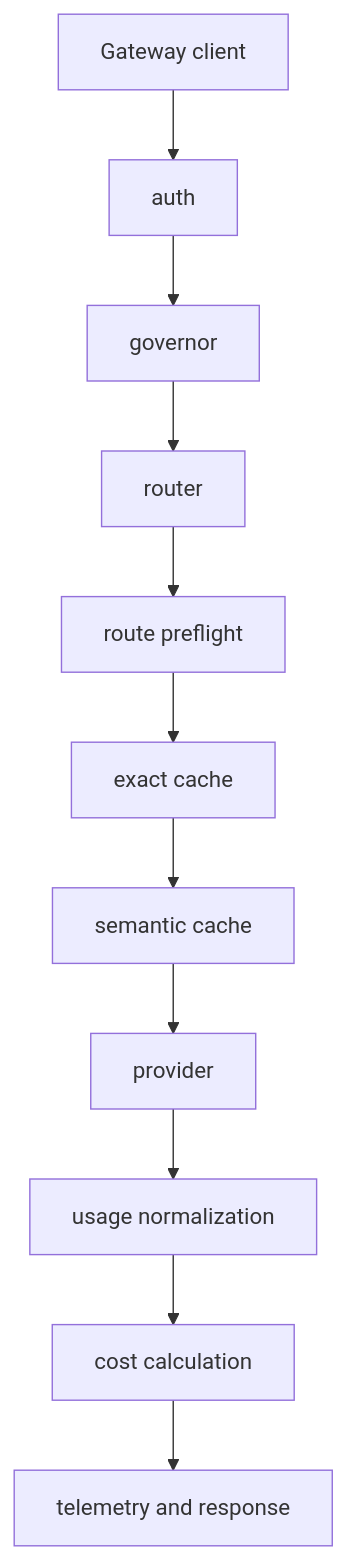
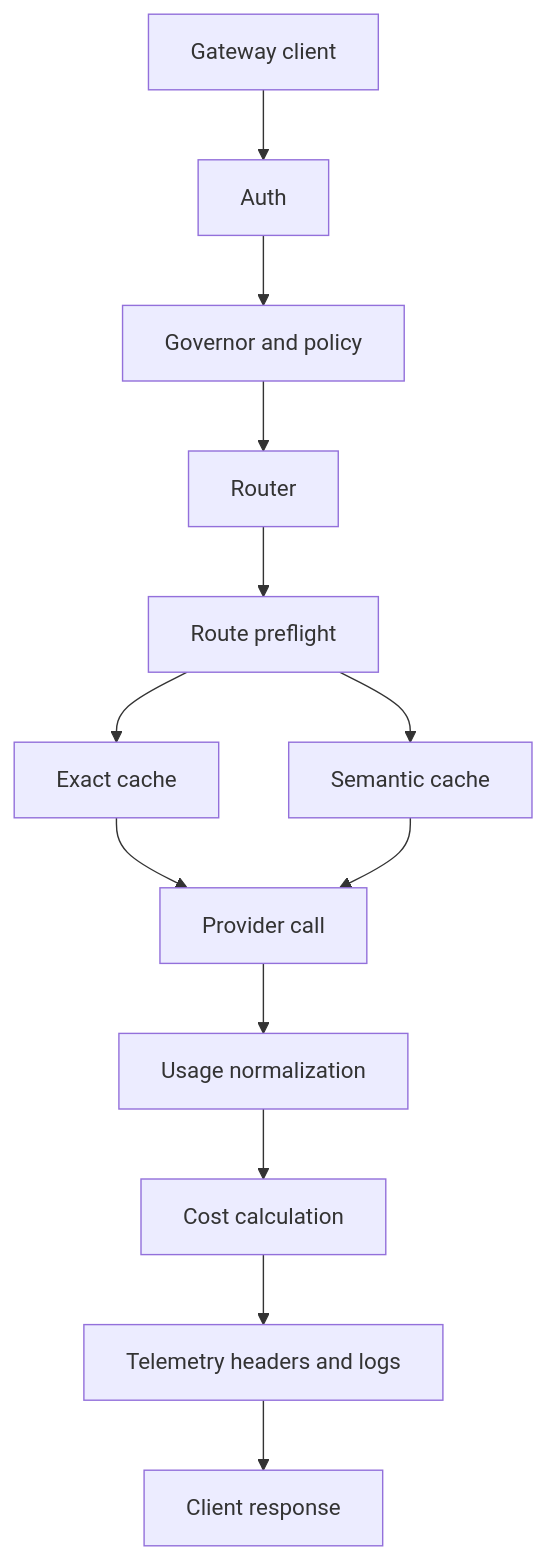
Before and after one commit to chicoxyzzy/hecate: the first of 3 diagrams in README.md, drawn with Mermaid. The commit also changed other lines of this file, not shown here.

Commit message:
update mermaid diagrams in readme

````diff
--- a/README.md
+++ b/README.md
@@ -47,13 +47,15 @@
 ```mermaid
 flowchart TD
-    GC["Gateway client"] --> AUTH["auth"];
-    AUTH --> GOV["governor"];
-    GOV --> ROUTER["router"];
-    ROUTER --> PREFLIGHT["route preflight"];
-    PREFLIGHT --> EXACT["exact cache"];
-    EXACT --> SEM["semantic cache"];
-    SEM --> PROVIDER["provider"];
-    PROVIDER --> USAGE["usage normalization"];
-    USAGE --> COST["cost calculation"];
-    COST --> TELEMETRY["telemetry and response"];
+    GatewayClient["Gateway client"] --> Auth["Auth"];
+    Auth --> Governor["Governor and policy"];
+    Governor --> Router["Router"];
+    Router --> Preflight["Route preflight"];
+    Preflight --> ExactCache["Exact cache"];
+    Preflight --> SemanticCache["Semantic cache"];
+    ExactCache --> Provider["Provider call"];
+    SemanticCache --> Provider;
+    Provider --> Usage["Usage normalization"];
+    Usage --> Cost["Cost calculation"];
+    Cost --> Telemetry["Telemetry headers and logs"];
+    Telemetry --> ClientResponse["Client response"];
 ```
````
